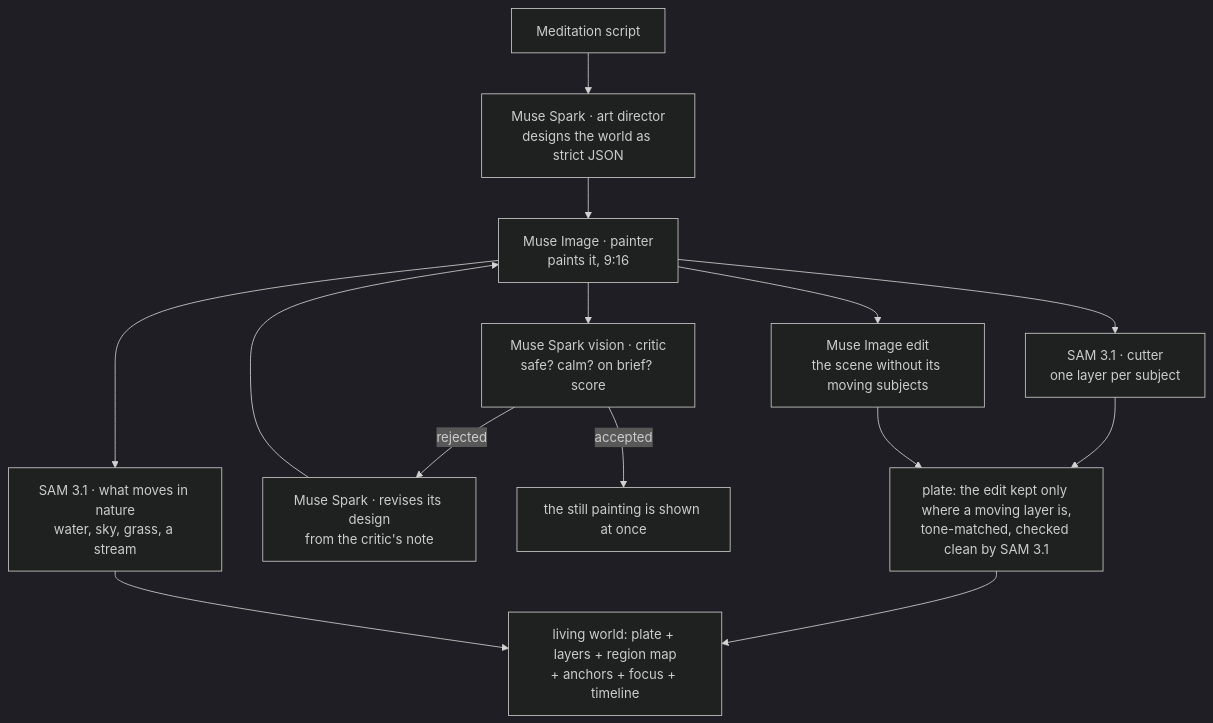
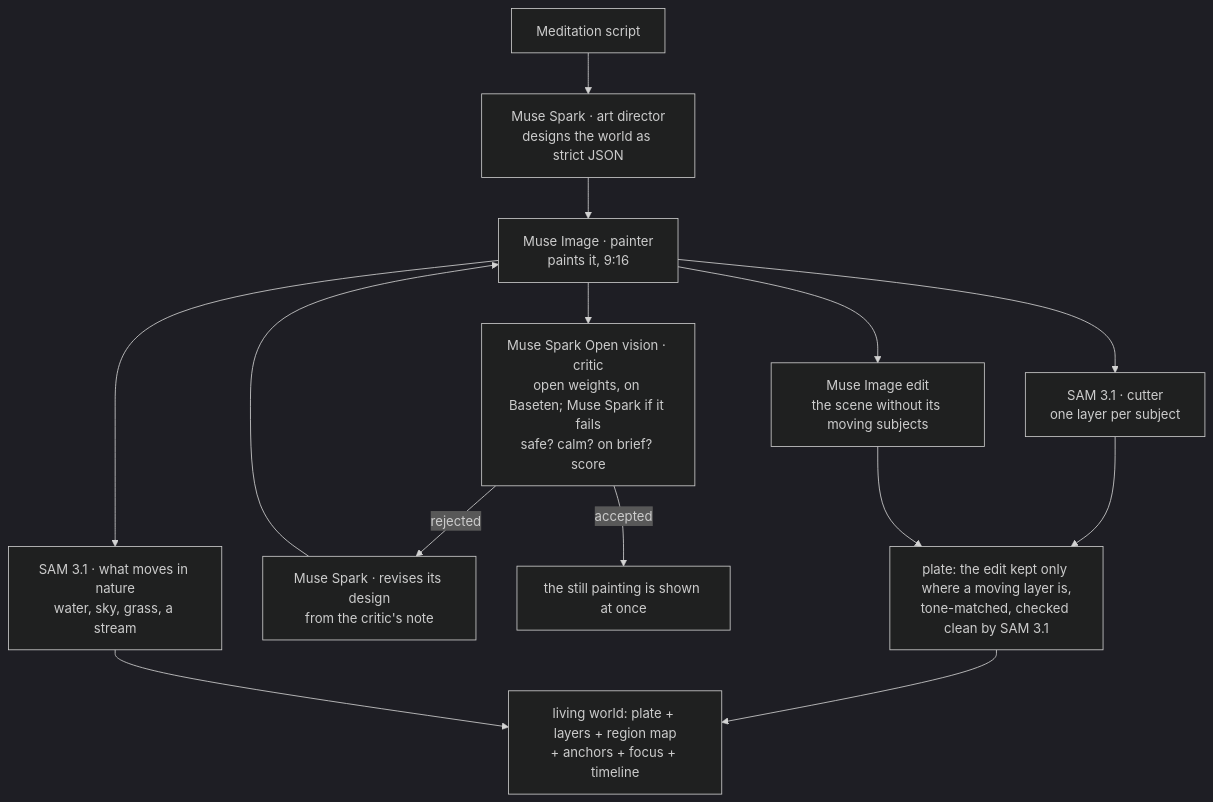
The diagram in README.md (heynomads/elynd-worlds), drawn with Mermaid (dark theme) before and after one commit. The commit also changed other lines of this file and 9 other files, not shown here.

Commit message:
Critic on Muse Spark Open (open weights, Baseten) with Muse Spark as fallback

````diff
--- a/README.md
+++ b/README.md
@@ -21,15 +21,15 @@
 ```mermaid
 flowchart TD
     M[Meditation script] --> D[Muse Spark · art director<br/>designs the world as strict JSON]
     D --> P[Muse Image · painter<br/>paints it, 9:16]
-    P --> C[Muse Spark vision · critic<br/>safe? calm? on brief? score]
+    P --> C[Muse Spark Open vision · critic<br/>open weights, on Baseten; Muse Spark if it fails<br/>safe? calm? on brief? score]
     P --> S[SAM 3.1 · cutter<br/>one layer per subject]
     P --> E[Muse Image edit<br/>the scene without its moving subjects]
     P --> N[SAM 3.1 · what moves in nature<br/>water, sky, grass, a stream]
     C -- rejected --> R[Muse Spark · revises its design<br/>from the critic's note] --> P
     C -- accepted --> Show[the still painting is shown at once]
     S --> Plate
     E --> Plate[plate: the edit kept only where a moving layer is,<br/>tone-matched, checked clean by SAM 3.1]
     Plate --> World[living world: plate + layers + region map<br/>+ anchors + focus + timeline]
     N --> World
 ```
````
